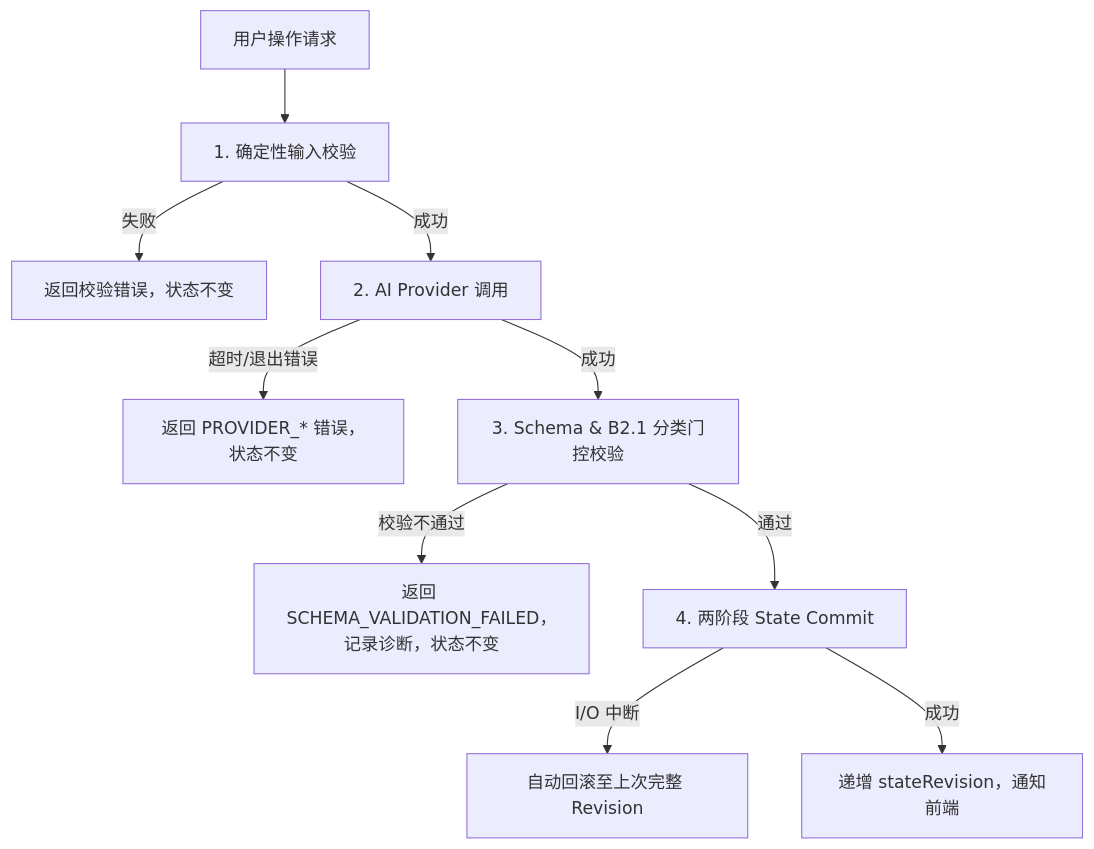
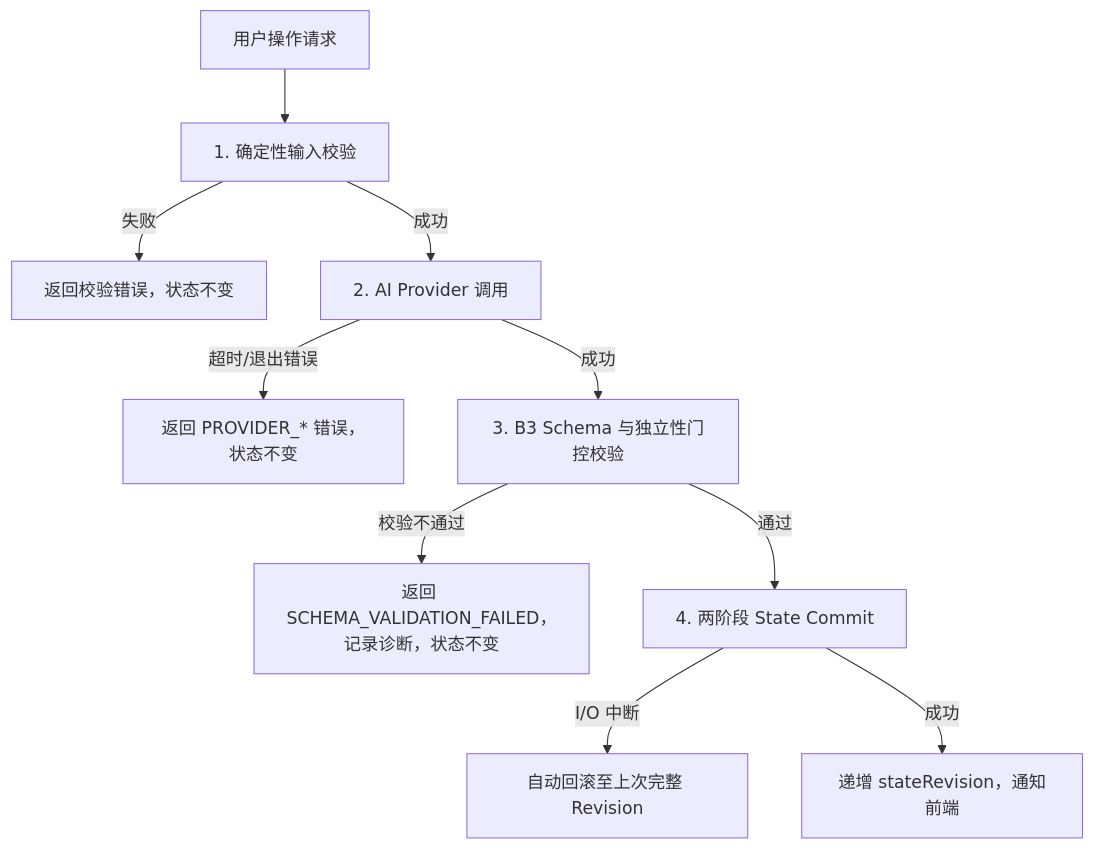
The diagram in docs/blueprint/implementation/13_ERROR_HANDLING.md (Myles-7/project-architect), drawn with Mermaid before and after one commit. The commit also changed 732 other files, not shown here.

````diff
--- a/docs/blueprint/implementation/13_ERROR_HANDLING.md
+++ b/docs/blueprint/implementation/13_ERROR_HANDLING.md
@@ -48,12 +48,12 @@
 ```mermaid
 flowchart TD
     Req["用户操作请求"] --> CoreVal["1. 确定性输入校验"]
     CoreVal -->|"失败"| Err1["返回校验错误，状态不变"]
     CoreVal -->|"成功"| AI["2. AI Provider 调用"]
     AI -->|"超时/退出错误"| Err2["返回 PROVIDER_* 错误，状态不变"]
-    AI -->|"成功"| SchemVal["3. Schema & B2.1 分类门控校验"]
+    AI -->|"成功"| SchemVal["3. B3 Schema 与独立性门控校验"]
     SchemVal -->|"校验不通过"| Err3["返回 SCHEMA_VALIDATION_FAILED，记录诊断，状态不变"]
     SchemVal -->|"通过"| Commit["4. 两阶段 State Commit"]
     Commit -->|"I/O 中断"| Rollback["自动回滚至上次完整 Revision"]
     Commit -->|"成功"| Success["递增 stateRevision，通知前端"]
 ```
````
